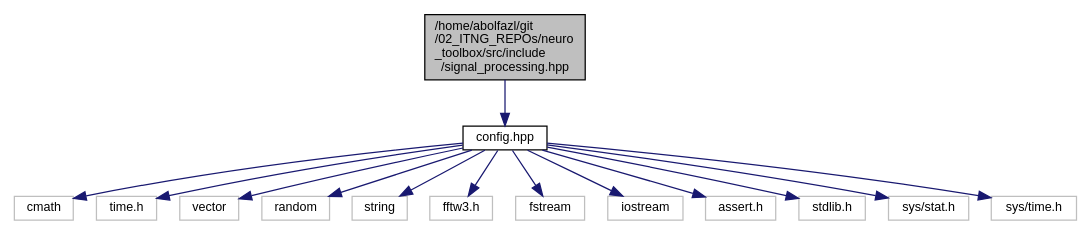
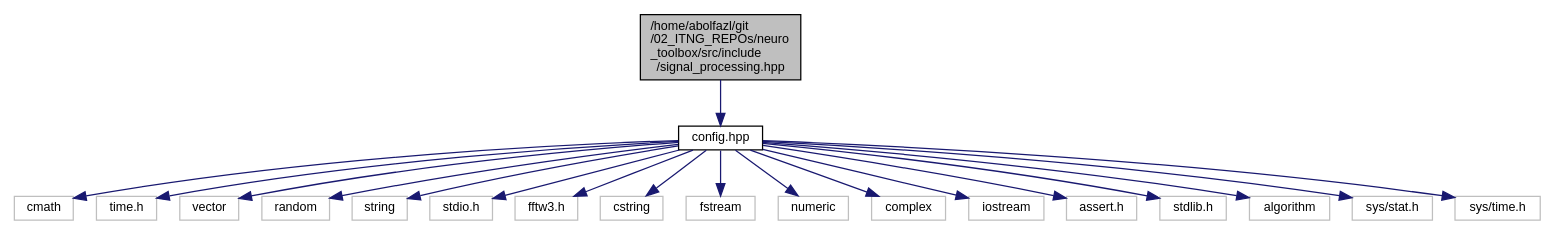
The diagram in docs/signal__processing_8hpp__incl.dot (Ziaeemehr/neuro_toolbox), drawn with Graphviz before and after one commit. The commit also changed 67 other files, not shown here.

```diff
--- a/docs/signal__processing_8hpp__incl.dot
+++ b/docs/signal__processing_8hpp__incl.dot
@@ -1,32 +1,42 @@
 digraph "/home/abolfazl/git/02_ITNG_REPOs/neuro_toolbox/src/include/signal_processing.hpp"
 {
   edge [fontname="Helvetica",fontsize="10",labelfontname="Helvetica",labelfontsize="10"];
   node [fontname="Helvetica",fontsize="10",shape=record];
   Node0 [label="/home/abolfazl/git\l/02_ITNG_REPOs/neuro\l_toolbox/src/include\l/signal_processing.hpp",height=0.2,width=0.4,color="black", fillcolor="grey75", style="filled", fontcolor="black"];
   Node0 -> Node1 [color="midnightblue",fontsize="10",style="solid",fontname="Helvetica"];
   Node1 [label="config.hpp",height=0.2,width=0.4,color="black", fillcolor="white", style="filled",URL="$config_8hpp.html"];
   Node1 -> Node2 [color="midnightblue",fontsize="10",style="solid",fontname="Helvetica"];
   Node2 [label="cmath",height=0.2,width=0.4,color="grey75", fillcolor="white", style="filled"];
   Node1 -> Node3 [color="midnightblue",fontsize="10",style="solid",fontname="Helvetica"];
   Node3 [label="time.h",height=0.2,width=0.4,color="grey75", fillcolor="white", style="filled"];
   Node1 -> Node4 [color="midnightblue",fontsize="10",style="solid",fontname="Helvetica"];
   Node4 [label="vector",height=0.2,width=0.4,color="grey75", fillcolor="white", style="filled"];
   Node1 -> Node5 [color="midnightblue",fontsize="10",style="solid",fontname="Helvetica"];
   Node5 [label="random",height=0.2,width=0.4,color="grey75", fillcolor="white", style="filled"];
   Node1 -> Node6 [color="midnightblue",fontsize="10",style="solid",fontname="Helvetica"];
   Node6 [label="string",height=0.2,width=0.4,color="grey75", fillcolor="white", style="filled"];
   Node1 -> Node7 [color="midnightblue",fontsize="10",style="solid",fontname="Helvetica"];
-  Node7 [label="fftw3.h",height=0.2,width=0.4,color="grey75", fillcolor="white", style="filled"];
+  Node7 [label="stdio.h",height=0.2,width=0.4,color="grey75", fillcolor="white", style="filled"];
   Node1 -> Node8 [color="midnightblue",fontsize="10",style="solid",fontname="Helvetica"];
-  Node8 [label="fstream",height=0.2,width=0.4,color="grey75", fillcolor="white", style="filled"];
+  Node8 [label="fftw3.h",height=0.2,width=0.4,color="grey75", fillcolor="white", style="filled"];
   Node1 -> Node9 [color="midnightblue",fontsize="10",style="solid",fontname="Helvetica"];
-  Node9 [label="iostream",height=0.2,width=0.4,color="grey75", fillcolor="white", style="filled"];
+  Node9 [label="cstring",height=0.2,width=0.4,color="grey75", fillcolor="white", style="filled"];
   Node1 -> Node10 [color="midnightblue",fontsize="10",style="solid",fontname="Helvetica"];
-  Node10 [label="assert.h",height=0.2,width=0.4,color="grey75", fillcolor="white", style="filled"];
+  Node10 [label="fstream",height=0.2,width=0.4,color="grey75", fillcolor="white", style="filled"];
   Node1 -> Node11 [color="midnightblue",fontsize="10",style="solid",fontname="Helvetica"];
-  Node11 [label="stdlib.h",height=0.2,width=0.4,color="grey75", fillcolor="white", style="filled"];
+  Node11 [label="numeric",height=0.2,width=0.4,color="grey75", fillcolor="white", style="filled"];
   Node1 -> Node12 [color="midnightblue",fontsize="10",style="solid",fontname="Helvetica"];
-  Node12 [label="sys/stat.h",height=0.2,width=0.4,color="grey75", fillcolor="white", style="filled"];
+  Node12 [label="complex",height=0.2,width=0.4,color="grey75", fillcolor="white", style="filled"];
   Node1 -> Node13 [color="midnightblue",fontsize="10",style="solid",fontname="Helvetica"];
-  Node13 [label="sys/time.h",height=0.2,width=0.4,color="grey75", fillcolor="white", style="filled"];
+  Node13 [label="iostream",height=0.2,width=0.4,color="grey75", fillcolor="white", style="filled"];
+  Node1 -> Node14 [color="midnightblue",fontsize="10",style="solid",fontname="Helvetica"];
+  Node14 [label="assert.h",height=0.2,width=0.4,color="grey75", fillcolor="white", style="filled"];
+  Node1 -> Node15 [color="midnightblue",fontsize="10",style="solid",fontname="Helvetica"];
+  Node15 [label="stdlib.h",height=0.2,width=0.4,color="grey75", fillcolor="white", style="filled"];
+  Node1 -> Node16 [color="midnightblue",fontsize="10",style="solid",fontname="Helvetica"];
+  Node16 [label="algorithm",height=0.2,width=0.4,color="grey75", fillcolor="white", style="filled"];
+  Node1 -> Node17 [color="midnightblue",fontsize="10",style="solid",fontname="Helvetica"];
+  Node17 [label="sys/stat.h",height=0.2,width=0.4,color="grey75", fillcolor="white", style="filled"];
+  Node1 -> Node18 [color="midnightblue",fontsize="10",style="solid",fontname="Helvetica"];
+  Node18 [label="sys/time.h",height=0.2,width=0.4,color="grey75", fillcolor="white", style="filled"];
 }
```
